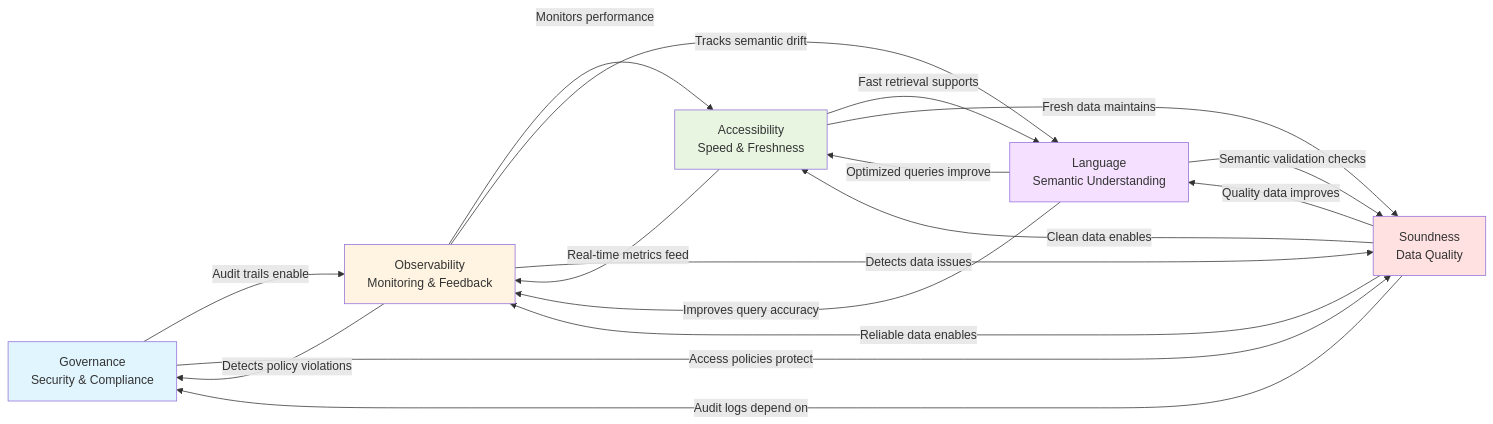
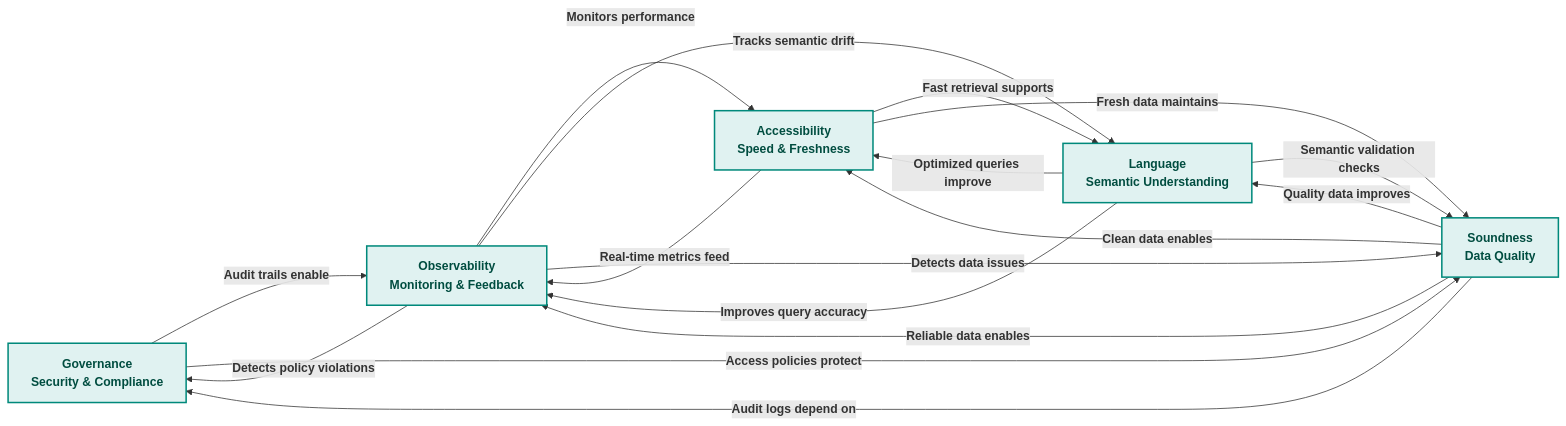
One commit to colaberry/enterprise-data-readiness-ai-agents changed the second of 11 diagrams in chapter-02/chapter_2_complete.md. Above: the diagram before and after it, drawn with Mermaid. The commit also changed other lines of this file and 1 other file, not shown here.

````diff
--- a/chapter-02/chapter_2_complete.md
+++ b/chapter-02/chapter_2_complete.md
@@ -199,38 +214,38 @@
 ```mermaid
 graph LR
-    G[Governance<br/>Security & Compliance]
-    O[Observability<br/>Monitoring & Feedback]
-    A[Accessibility<br/>Speed & Freshness]
-    L[Language<br/>Semantic Understanding]
-    S[Soundness<br/>Data Quality]
+    G["<b>Governance</b><br/><b>Security & Compliance</b>"]
+    O["<b>Observability</b><br/><b>Monitoring & Feedback</b>"]
+    A["<b>Accessibility</b><br/><b>Speed & Freshness</b>"]
+    L["<b>Language</b><br/><b>Semantic Understanding</b>"]
+    S["<b>Soundness</b><br/><b>Data Quality</b>"]
     
-    G -->|Audit trails enable| O
-    O -->|Detects policy violations| G
+    G -->|<b>Audit trails enable</b>| O
+    O -->|<b>Detects policy violations</b>| G
     
-    O -->|Monitors performance| A
-    A -->|Real-time metrics feed| O
+    O -->|<b>Monitors performance</b>| A
+    A -->|<b>Real-time metrics feed</b>| O
     
-    O -->|Tracks semantic drift| L
-    L -->|Improves query accuracy| O
+    O -->|<b>Tracks semantic drift</b>| L
+    L -->|<b>Improves query accuracy</b>| O
     
-    O -->|Detects data issues| S
-    S -->|Reliable data enables| O
+    O -->|<b>Detects data issues</b>| S
+    S -->|<b>Reliable data enables</b>| O
     
-    A -->|Fast retrieval supports| L
-    L -->|Optimized queries improve| A
+    A -->|<b>Fast retrieval supports</b>| L
+    L -->|<b>Optimized queries improve</b>| A
     
-    L -->|Semantic validation checks| S
-    S -->|Quality data improves| L
+    L -->|<b>Semantic validation checks</b>| S
+    S -->|<b>Quality data improves</b>| L
     
-    S -->|Clean data enables| A
-    A -->|Fresh data maintains| S
+    S -->|<b>Clean data enables</b>| A
+    A -->|<b>Fresh data maintains</b>| S
     
-    G -->|Access policies protect| S
-    S -->|Audit logs depend on| G
+    G -->|<b>Access policies protect</b>| S
+    S -->|<b>Audit logs depend on</b>| G
     
-    style G fill:#e1f5ff
-    style O fill:#fff4e1
-    style A fill:#e8f5e1
-    style L fill:#f5e1ff
-    style S fill:#ffe1e1
+    style G fill:#e0f2f1,stroke:#00897b,stroke-width:2px,color:#004d40
+    style O fill:#e0f2f1,stroke:#00897b,stroke-width:2px,color:#004d40
+    style A fill:#e0f2f1,stroke:#00897b,stroke-width:2px,color:#004d40
+    style L fill:#e0f2f1,stroke:#00897b,stroke-width:2px,color:#004d40
+    style S fill:#e0f2f1,stroke:#00897b,stroke-width:2px,color:#004d40
 ```
````
